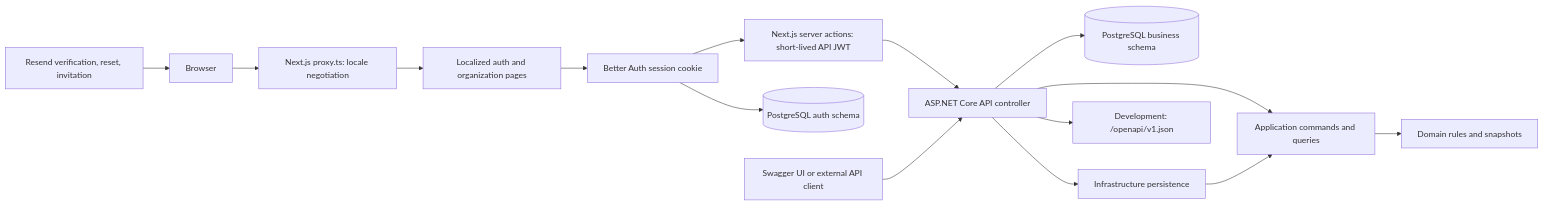
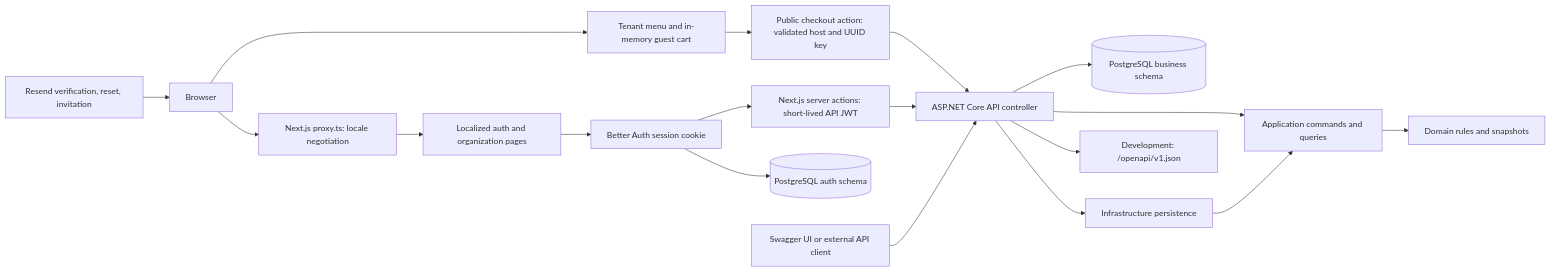
One commit to whritou/WhitePlate changed the diagram in docs/architecture/WHITEPLATE_SYSTEM_ARCHITECTURE.md. Above: the diagram before and after it, drawn with Mermaid. The commit also changed other lines of this file and 29 other files, not shown here.

Commit message:
feat(storefront): add guest cart and safe checkout

````diff
--- a/docs/architecture/WHITEPLATE_SYSTEM_ARCHITECTURE.md
+++ b/docs/architecture/WHITEPLATE_SYSTEM_ARCHITECTURE.md
@@ -7,17 +7,20 @@
 ```mermaid
 flowchart LR
     Browser[Browser] --> Proxy["Next.js proxy.ts: locale negotiation"]
+    Browser --> Storefront["Tenant menu and in-memory guest cart"]
+    Storefront --> GuestCheckout["Public checkout action: validated host and UUID key"]
+    GuestCheckout --> Api
     Proxy --> Page["Localized auth and organization pages"]
     Page --> Auth["Better Auth session cookie"]
     Auth --> BFF["Next.js server actions: short-lived API JWT"]
     BFF --> Api["ASP.NET Core API"]
     Api --> Database[(PostgreSQL business schema)]
     Auth --> AuthDb[(PostgreSQL auth schema)]
     Email["Resend verification, reset, invitation"] --> Browser
     Swagger["Swagger UI or external API client"] --> Api["ASP.NET Core API controller"]
     Api --> Application["Application commands and queries"]
     Application --> Domain["Domain rules and snapshots"]
     Api --> Infrastructure["Infrastructure persistence"]
     Infrastructure --> Application
     Api --> Spec["Development: /openapi/v1.json"]
 ```
````
